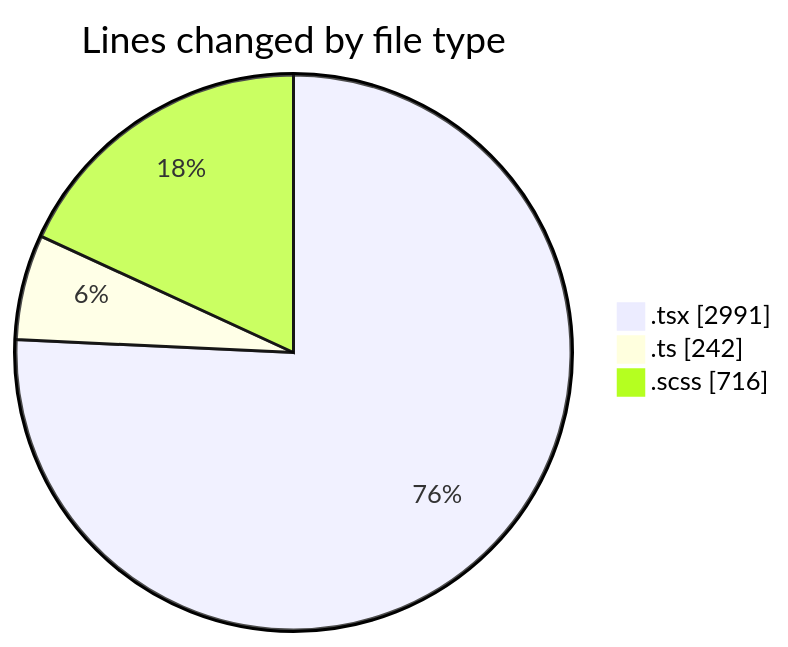
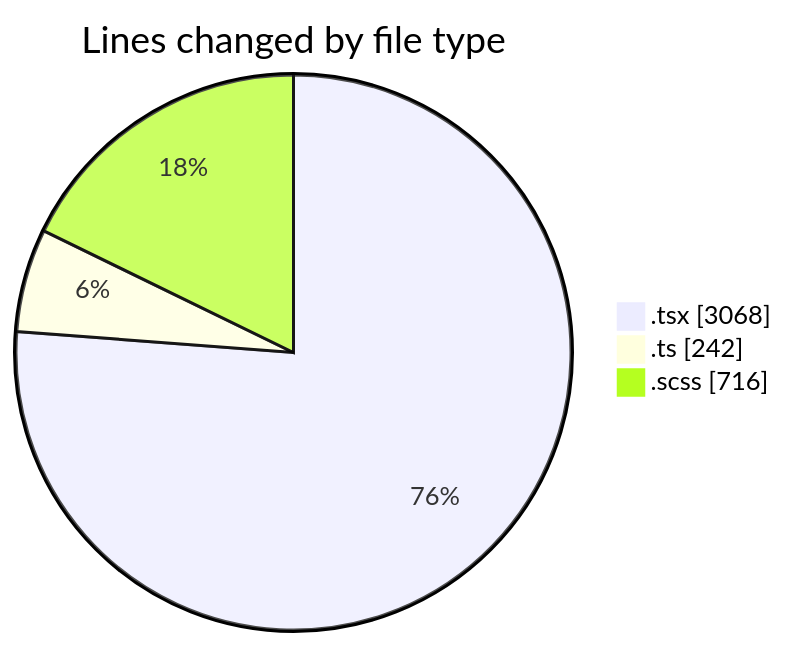
Before and after one commit to momahboobian/code-tracking: the first of 2 diagrams in 2025-09-15/cda/README.md, drawn with Mermaid. The commit also changed other lines of this file and 1 other file, not shown here.

````diff
--- a/2025-09-15/cda/README.md
+++ b/2025-09-15/cda/README.md
@@ -25,7 +25,7 @@
 ```mermaid
 pie showData
 title Lines changed by file type
-".tsx" : 2991
+".tsx" : 3068
 ".ts" : 242
 ".scss" : 716
 ```
````
